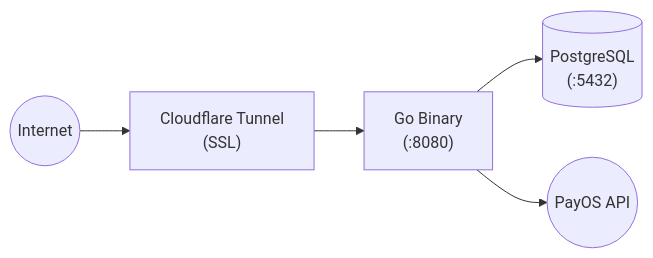
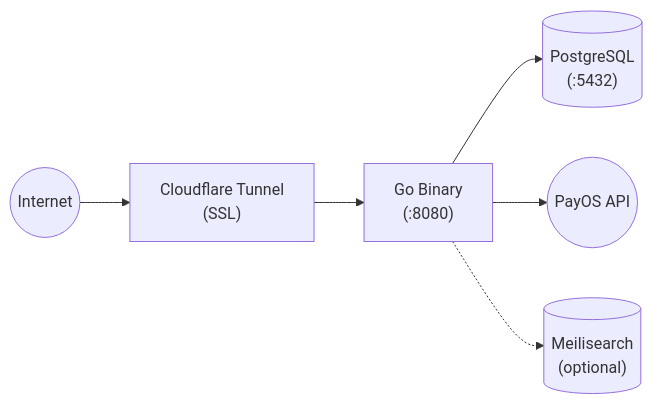
Before and after one commit to nhannht/viecz: the ninth of 10 diagrams in docs/technical/ARCHITECTURE.md, drawn with Mermaid. The commit also changed other lines of this file and 18 other files, not shown here.

First line of the commit message:
feat: Add Meilisearch as optional search engine for marketplace (KNS-69)

````diff
--- a/docs/technical/ARCHITECTURE.md
+++ b/docs/technical/ARCHITECTURE.md
@@ -904,13 +928,16 @@
 ```mermaid
 graph LR
     Internet(("Internet"))
     Cloudflare["Cloudflare Tunnel<br/>(SSL)"]
     GoBinary["Go Binary<br/>(:8080)"]
     PostgreSQL[("PostgreSQL<br/>(:5432)")]
     PayOS(("PayOS API"))
 
+    Meilisearch[("Meilisearch<br/>(optional)")]
+
     Internet --> Cloudflare
     Cloudflare --> GoBinary
     GoBinary --> PostgreSQL
     GoBinary --> PayOS
+    GoBinary -.-> Meilisearch
 ```
````
